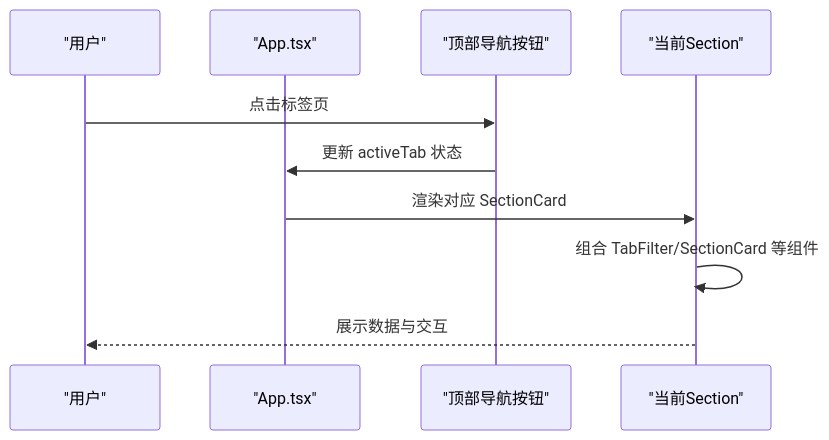
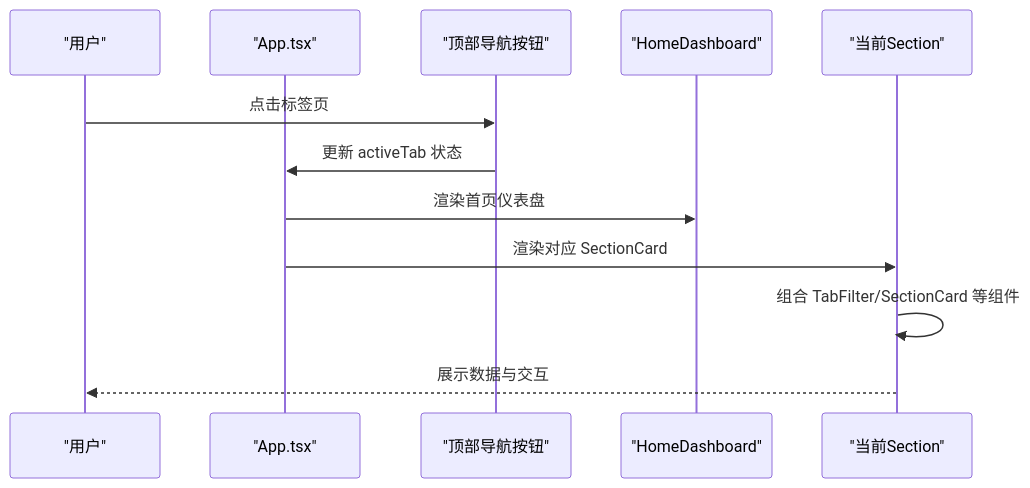
Before and after one commit to liangxuanliang-cmd/carbon-info-agent: the second of 3 diagrams in .qoder/repowiki/zh/content/组件系统/组件系统.md, drawn with Mermaid. The commit also changed other lines of this file and 14 other files, not shown here.

````diff
--- a/.qoder/repowiki/zh/content/组件系统/组件系统.md
+++ b/.qoder/repowiki/zh/content/组件系统/组件系统.md
@@ -142,12 +158,14 @@
 ```mermaid
 sequenceDiagram
 participant U as "用户"
 participant APP as "App.tsx"
 participant NAV as "顶部导航按钮"
+participant HOME as "HomeDashboard"
 participant SEC as "当前Section"
 U->>NAV : 点击标签页
 NAV->>APP : 更新 activeTab 状态
+APP->>HOME : 渲染首页仪表盘
 APP->>SEC : 渲染对应 SectionCard
 SEC->>SEC : 组合 TabFilter/SectionCard 等组件
 SEC-->>U : 展示数据与交互
 ```
````
